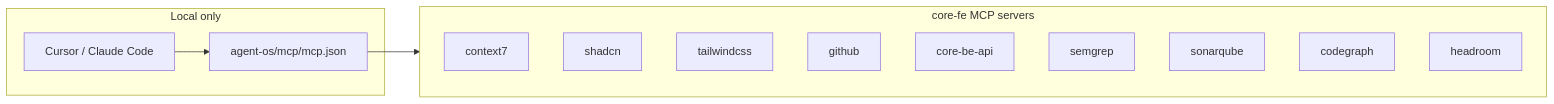
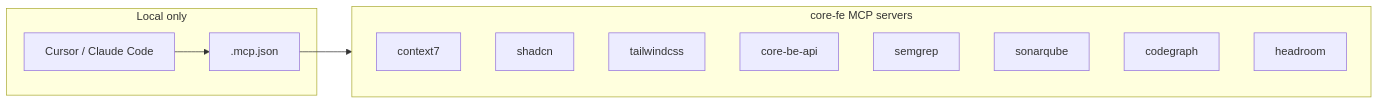
The diagram in agent-os/docs/cursor-mcp-setup.md (nikunjmavani/core-fe), drawn with Mermaid before and after one commit. The commit also changed other lines of this file and 93 other files, not shown here.

````diff
--- a/agent-os/docs/cursor-mcp-setup.md
+++ b/agent-os/docs/cursor-mcp-setup.md
@@ -7,20 +7,19 @@
 ```mermaid
 flowchart LR
   subgraph local["Local only"]
     C[Cursor / Claude Code]
-    M[agent-os/mcp/mcp.json]
+    M[.mcp.json]
   end
   subgraph mcps["core-fe MCP servers"]
     C7[context7]
     S[shadcn]
     T[tailwindcss]
-    GH[github]
     BE[core-be-api]
     SG[semgrep]
     SQ[sonarqube]
     CG[codegraph]
     HR[headroom]
   end
   C --> M
   M --> mcps
 ```
````
